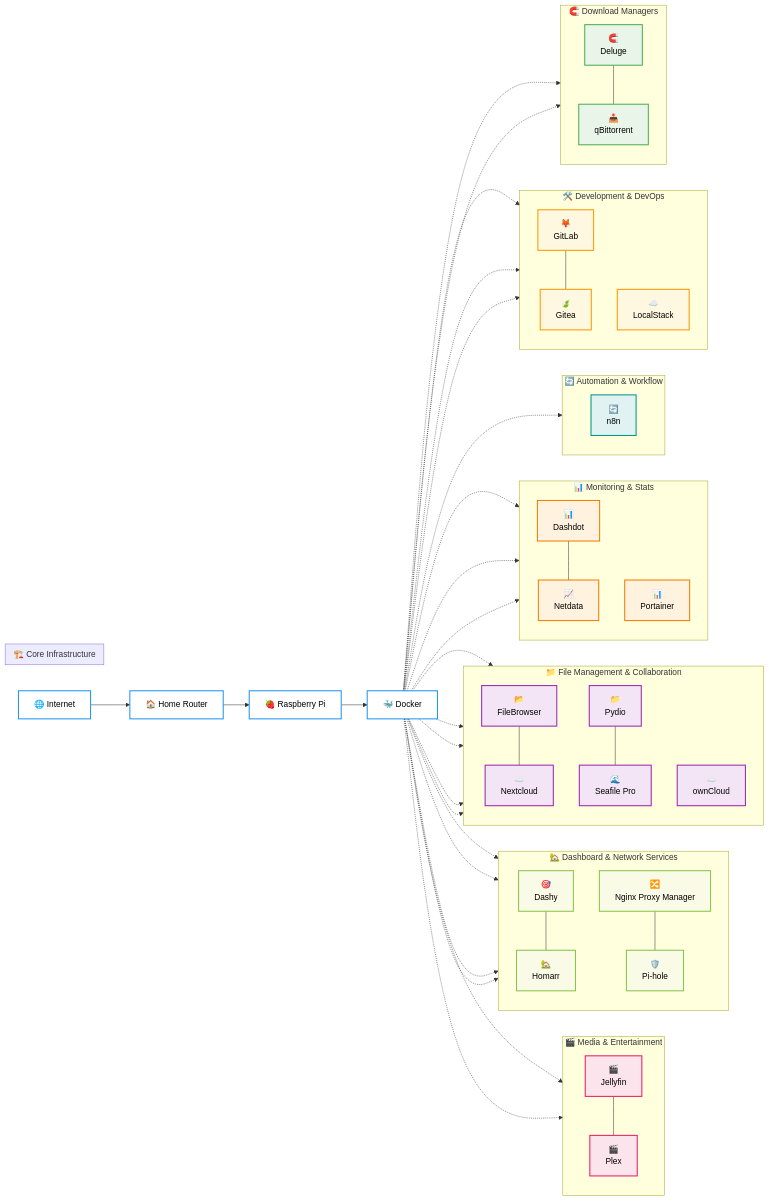
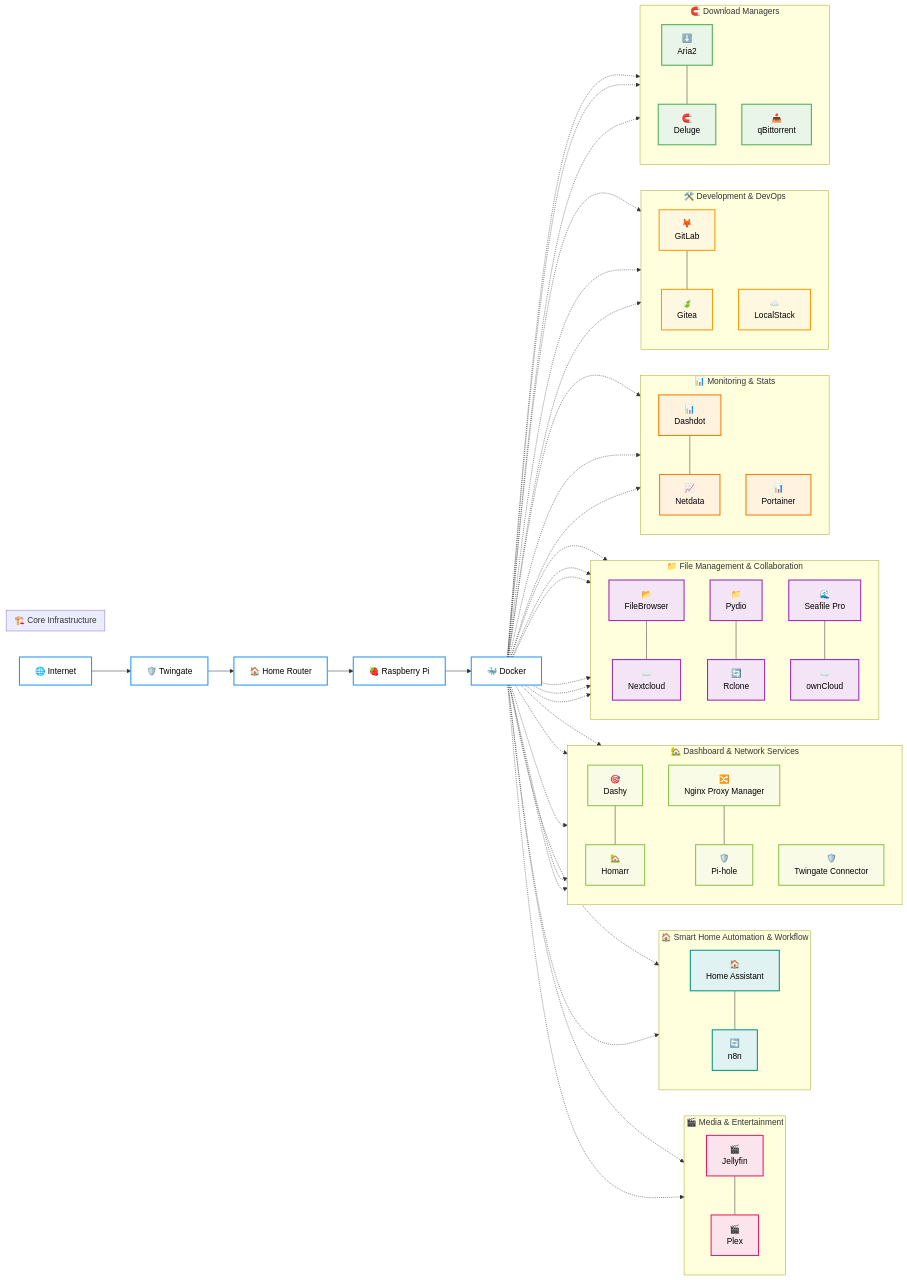
Before and after one commit to Thre4dripper/Home-Server-Lab: the diagram in README.md, drawn with Mermaid. The commit also changed other lines of this file, not shown here.

Commit message:
🤖 Auto-update services documentation
- Updated service tables and categories
- Synchronized with service README metadata
- Generated by GitHub Actions workflow

````diff
--- a/README.md
+++ b/README.md
@@ -36,11 +37,13 @@
 ```mermaid
 graph LR
     Internet[🌐 Internet]
+    Twingate_Connector[🛡️ Twingate]
     Router[🏠 Home Router]
     RPI[🍓 Raspberry Pi]
     Docker[🐳 Docker]
     
-    Internet --> Router
+    Internet --> Twingate_Connector
+    Twingate_Connector --> Router
     Router --> RPI
     RPI --> Docker
     
@@ -60,6 +63,16 @@
     Docker -.-> Jellyfin
     Docker -.-> Plex
 
+    %% 🏠 Smart Home Automation & Workflow
+    subgraph SmartHomeAutomationWorkflow["🏠 Smart Home Automation & Workflow"]
+        direction TB
+        Homeassistant[🏠<br/>Home Assistant]
+        N8N[🔄<br/>n8n]
+        Homeassistant --- N8N
+    end
+    Docker -.-> Homeassistant
+    Docker -.-> N8N
+
     %% 🏡 Dashboard & Network Services
     subgraph DashboardNetworkServices["🏡 Dashboard & Network Services"]
         direction TB
@@ -67,6 +80,7 @@
         Homarr[🏡<br/>Homarr]
         Nginxui[🔀<br/>Nginx Proxy Manager]
         Pihole[🛡️<br/>Pi-hole]
+        Twingate[🛡️<br/>Twingate Connector]
         Dashy --- Homarr
         Nginxui --- Pihole
     end
@@ -74,6 +88,7 @@
     Docker -.-> Homarr
     Docker -.-> Nginxui
     Docker -.-> Pihole
+    Docker -.-> Twingate
 
     %% 📁 File Management & Collaboration
     subgraph FileManagementCollaboration["📁 File Management & Collaboration"]
@@ -81,14 +96,17 @@
         Filebrowser[📂<br/>FileBrowser]
         Nextcloud[☁️<br/>Nextcloud]
         Pydio[📁<br/>Pydio]
+        Rclone[🔄<br/>Rclone]
         Seafile[🌊<br/>Seafile Pro]
         Owncloud[☁️<br/>ownCloud]
         Filebrowser --- Nextcloud
-        Pydio --- Seafile
+        Pydio --- Rclone
+        Seafile --- Owncloud
     end
     Docker -.-> Filebrowser
     Docker -.-> Nextcloud
     Docker -.-> Pydio
+    Docker -.-> Rclone
     Docker -.-> Seafile
     Docker -.-> Owncloud
 
@@ -103,13 +121,6 @@
     Docker -.-> Dashdot
     Docker -.-> Netdata
     Docker -.-> Portainer
-
-    %% 🔄 Automation & Workflow
-    subgraph AutomationWorkflow["🔄 Automation & Workflow"]
-        direction TB
-        N8N[🔄<br/>n8n]
-    end
-    Docker -.-> N8N
 
     %% 🛠️ Development & DevOps
     subgraph DevelopmentDevOps["🛠️ Development & DevOps"]
@@ -126,10 +137,12 @@
     %% 🧲 Download Managers
     subgraph DownloadManagers["🧲 Download Managers"]
         direction TB
+        Aria2Ui[⬇️<br/>Aria2]
         Deluge[🧲<br/>Deluge]
         Qbittorrent[📥<br/>qBittorrent]
-        Deluge --- Qbittorrent
+        Aria2Ui --- Deluge
     end
+    Docker -.-> Aria2Ui
     Docker -.-> Deluge
     Docker -.-> Qbittorrent
 
@@ -144,12 +157,12 @@
     classDef devNode fill:#fff8e1,stroke:#ff9800,stroke-width:2px,color:#000000
     classDef dashNode fill:#f9fbe7,stroke:#8bc34a,stroke-width:2px,color:#000000
     
-    class Internet,Router,RPI,Docker coreInfra
+    class Internet,Twingate_Connector,Router,RPI,Docker coreInfra
     class Jellyfin,Plex mediaNode
-    class Dashy,Homarr,Nginxui,Pihole dashNode
-    class Filebrowser,Nextcloud,Pydio,Seafile,Owncloud nasNode
+    class Homeassistant,N8N automationNode
+    class Dashy,Homarr,Nginxui,Pihole,Twingate dashNode
+    class Filebrowser,Nextcloud,Pydio,Rclone,Seafile,Owncloud nasNode
     class Dashdot,Netdata,Portainer monitoringNode
-    class N8N automationNode
     class Gitlab,Gitea,Localstack devNode
-    class Deluge,Qbittorrent downloadNode
+    class Aria2Ui,Deluge,Qbittorrent downloadNode
 ```
````
